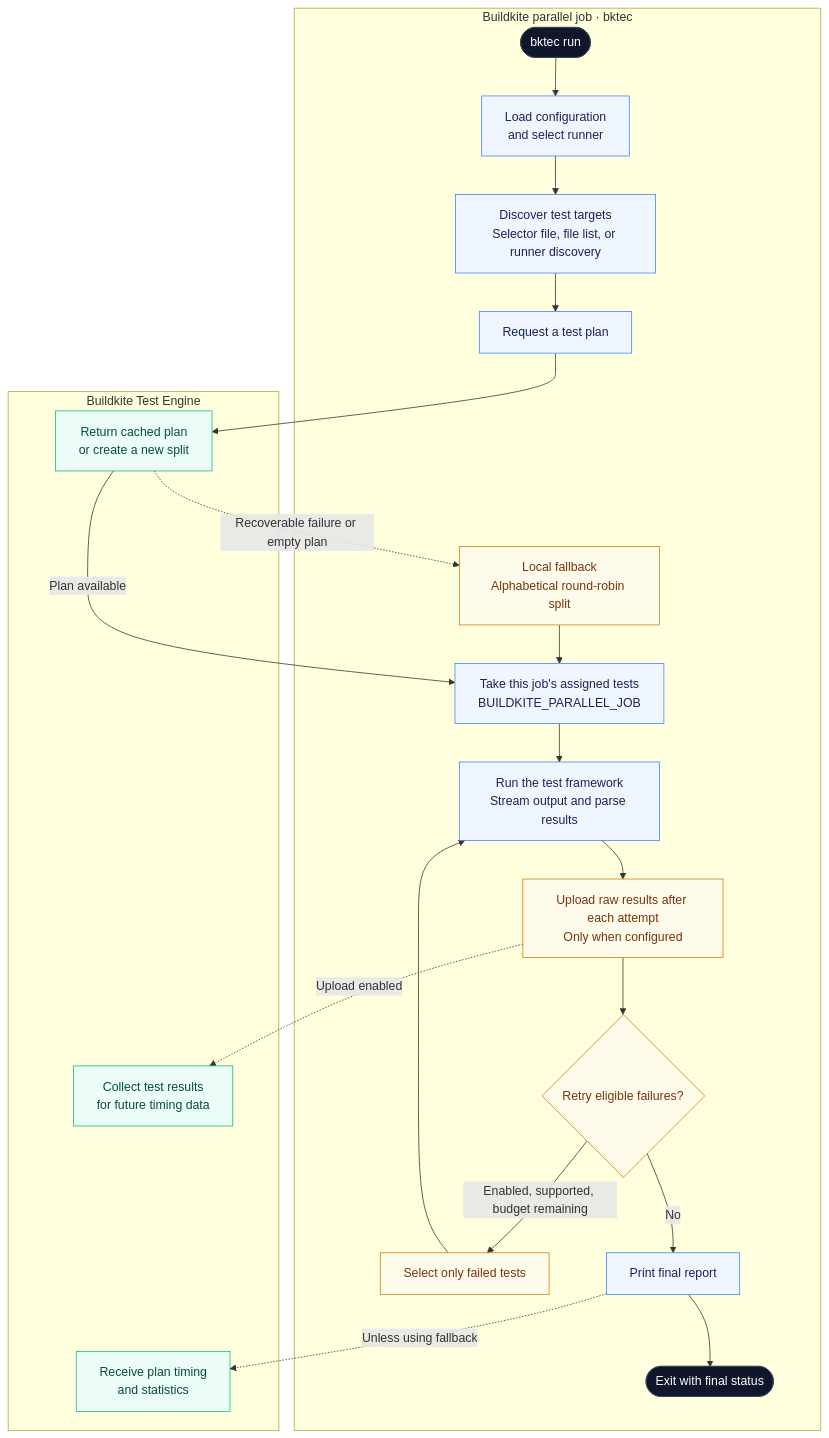
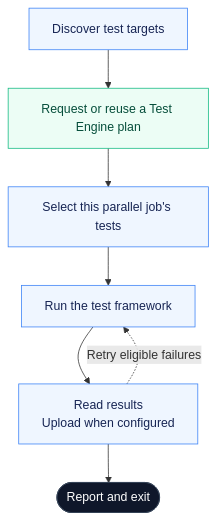
One commit to buildkite/test-engine-client changed the diagram in README.md. Above: the diagram before and after it, drawn with Mermaid. The commit also changed other lines of this file, not shown here.

Commit message:
Reduce the bktec flow diagram to six main nodes
Amp-Thread-ID: https://ampcode.com/threads/T-01a0a8f6-c5c9-759d-b7db-703aedabd99e

````diff
--- a/README.md
+++ b/README.md
@@ -15,39 +15,16 @@
 ```mermaid
 flowchart TD
-    subgraph job["Buildkite parallel job · bktec"]
-        start(["bktec run"]) --> config["Load configuration<br/>and select runner"]
-        config --> discover["Discover test targets<br/>Selector file, file list, or runner discovery"]
-        discover --> request["Request a test plan"]
-        fallback["Local fallback<br/>Alphabetical round-robin split"]
-        slice["Take this job's assigned tests<br/>BUILDKITE_PARALLEL_JOB"]
-        slice --> run["Run the test framework<br/>Stream output and parse results"]
-        run --> upload["Upload raw results after each attempt<br/>Only when configured"]
-        upload --> retry{"Retry eligible failures?"}
-        retry -->|"Enabled, supported, budget remaining"| failed["Select only failed tests"]
-        failed --> run
-        retry -->|"No"| report["Print final report"]
-        report --> done(["Exit with final status"])
-        fallback --> slice
-    end
-
-    subgraph engine["Buildkite Test Engine"]
-        plan["Return cached plan<br/>or create a new split"]
-        results["Collect test results<br/>for future timing data"]
-        metadata["Receive plan timing<br/>and statistics"]
-    end
-
-    request --> plan
-    plan -->|"Plan available"| slice
-    plan -.->|"Recoverable failure or empty plan"| fallback
-    upload -.->|"Upload enabled"| results
-    report -.->|"Unless using fallback"| metadata
+    discover["Discover test targets"] --> plan["Request or reuse a Test Engine plan"]
+    plan --> slice["Select this parallel job's tests"]
+    slice --> run["Run the test framework"]
+    run --> results["Read results<br/>Upload when configured"]
+    results --> done(["Report and exit"])
+    results -.->|"Retry eligible failures"| run
 
     classDef boundary fill:#0f172a,color:#fff,stroke:#334155
     classDef local fill:#eff6ff,color:#172554,stroke:#3b82f6
     classDef remote fill:#ecfdf5,color:#064e3b,stroke:#10b981
-    classDef optional fill:#fffbeb,color:#78350f,stroke:#d97706
-    class start,done boundary
-    class config,discover,request,slice,run,report local
-    class plan,results,metadata remote
-    class fallback,upload,retry,failed optional
+    class done boundary
+    class discover,slice,run,results local
+    class plan remote
 ```
````
